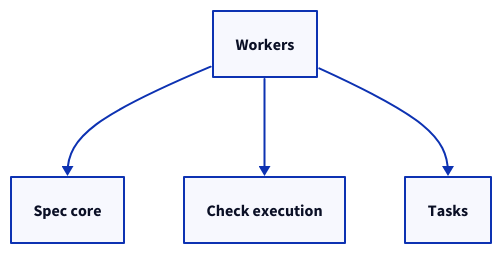
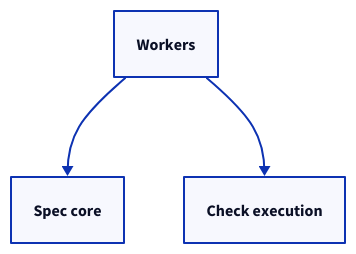
The third of 4 diagrams in specs/concorde/harness/workers/module.md (FTOD/concorde), drawn with D2 before and after one commit. The commit also changed other lines of this file and 47 other files, not shown here.

````diff
--- a/specs/concorde/harness/workers/module.md
+++ b/specs/concorde/harness/workers/module.md
@@ -324,9 +321,7 @@
 ```d2
 workers: Workers
 spec: Spec core
 checks: Check execution
-tasks: Tasks
 workers -> spec
 workers -> checks
-workers -> tasks
 ```
````
